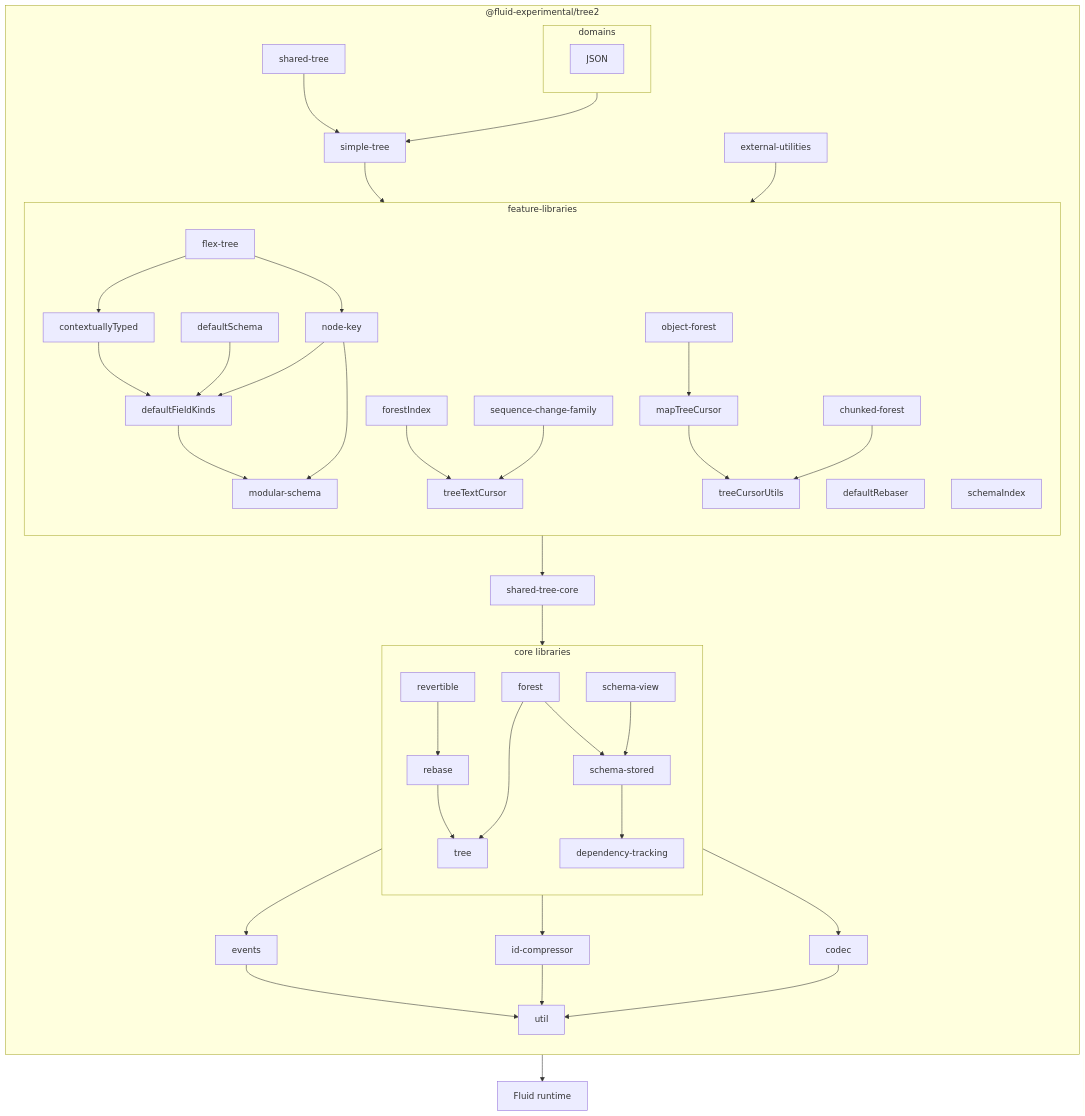
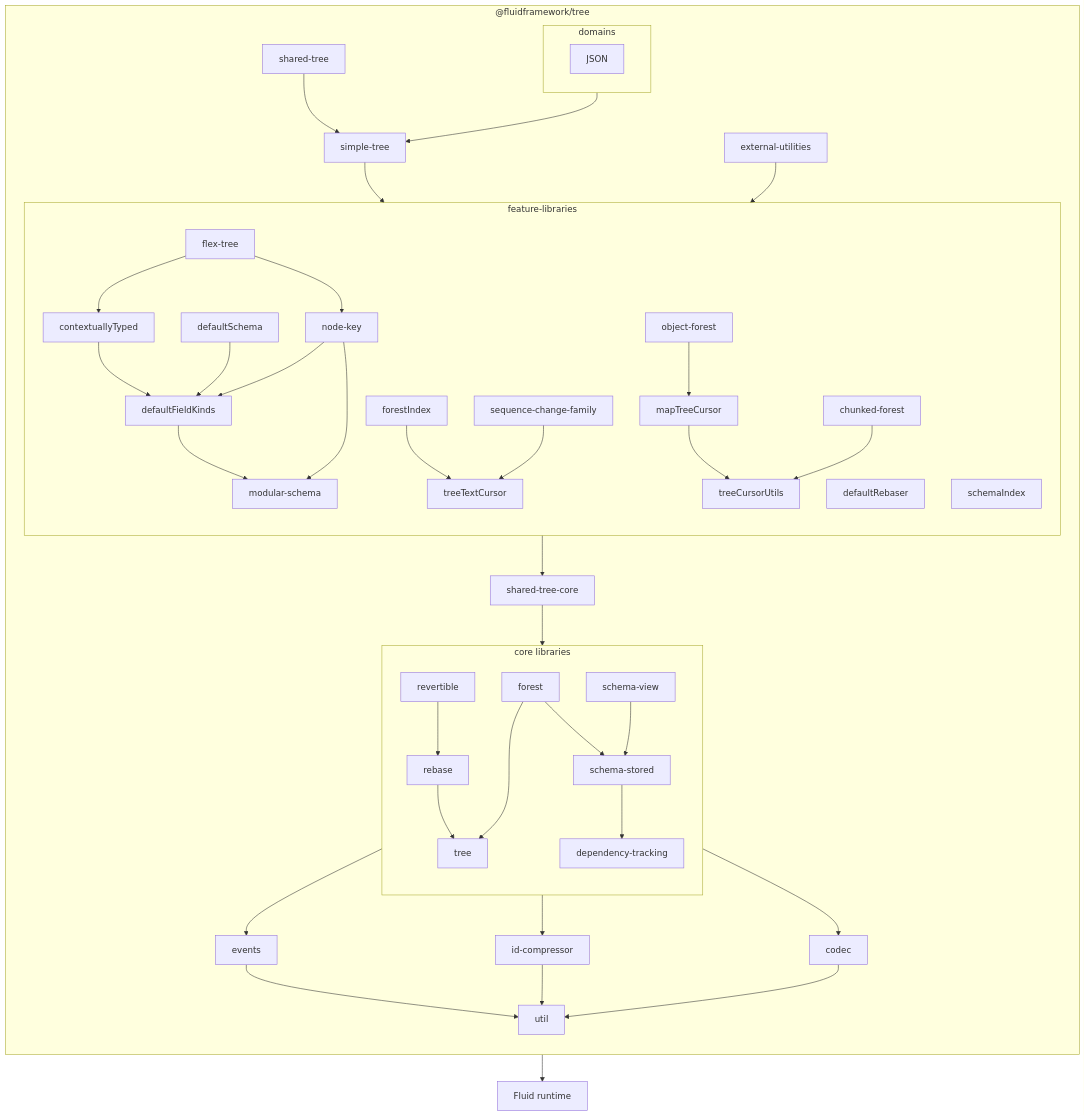
Before and after one commit to microsoft/FluidFramework: the sixth of 6 diagrams in experimental/dds/tree2/README.md, drawn with Mermaid. The commit also changed other lines of this file and 63 other files, not shown here.

````diff
--- a/experimental/dds/tree2/README.md
+++ b/experimental/dds/tree2/README.md
@@ -336,47 +334,47 @@
 ```mermaid
 flowchart
     direction TB
-    subgraph package ["@fluid-experimental/tree2"]
+    subgraph package ["@fluidframework/tree"]
         direction TB
         subgraph core ["core libraries"]
             direction TB
             schema-view
             forest-->schema-stored
             rebase-->tree
             schema-stored-->dependency-tracking
             schema-view-->schema-stored
             dependency-tracking
             forest-->tree
             revertible-->rebase
         end
         core-->events-->util
         core-->id-compressor-->util
         core-->codec-->util
         feature-->shared-tree-core
         shared-tree-core-->core
         shared-tree-->simple-tree
         simple-tree-->feature
         external-utilities-->feature
         subgraph feature ["feature-libraries"]
             direction TB
             flex-tree-->contextuallyTyped
             flex-tree-->node-key
             defaultRebaser
             contextuallyTyped-->defaultFieldKinds
             defaultSchema-->defaultFieldKinds-->modular-schema
             forestIndex-->treeTextCursor
             modular-schema
             node-key-->modular-schema
             node-key-->defaultFieldKinds
             object-forest-->mapTreeCursor-->treeCursorUtils
             chunked-forest-->treeCursorUtils
             schemaIndex
             sequence-change-family-->treeTextCursor
         end
         subgraph domains
             JSON
         end
         domains-->simple-tree
     end
     package-->runtime["Fluid runtime"]
 ```
````
